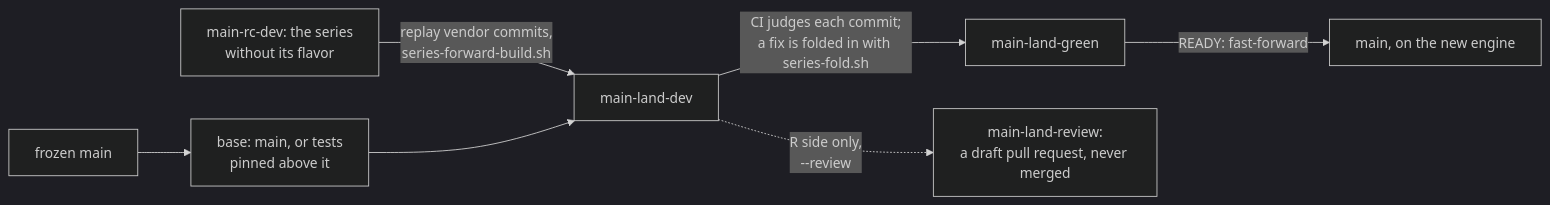
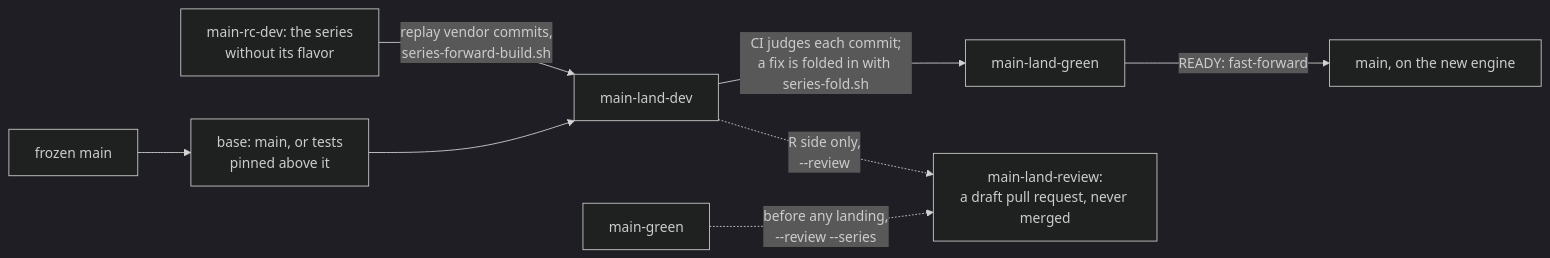
Before and after one commit to igraph/rigraph: the diagram in .claude/skills/series-land/SKILL.md, drawn with Mermaid (dark theme). The commit also changed other lines of this file and 4 other files, not shown here.

Commit message:
feat(series): Review a series' R side before any landing, with `series-land.sh --review --series` (#2970)

````diff
--- a/.claude/skills/series-land/SKILL.md
+++ b/.claude/skills/series-land/SKILL.md
@@ -26,9 +26,10 @@
 ```mermaid
 flowchart LR
   F["frozen main"] --> B["base: main, or tests<br>pinned above it"]
   RC["main-rc-dev: the series<br>without its flavor"] -->|"replay vendor commits,<br>series-forward-build.sh"| LD["main-land-dev"]
   B --> LD
   LD -->|"CI judges each commit;<br>a fix is folded in with series-fold.sh"| LG["main-land-green"]
   LG -->|"READY: fast-forward"| M2["main, on the new engine"]
   LD -.->|"R side only,<br>--review"| R["main-land-review:<br>a draft pull request, never merged"]
+  MG["main-green"] -.->|"before any landing,<br>--review --series"| R
 ```
````
